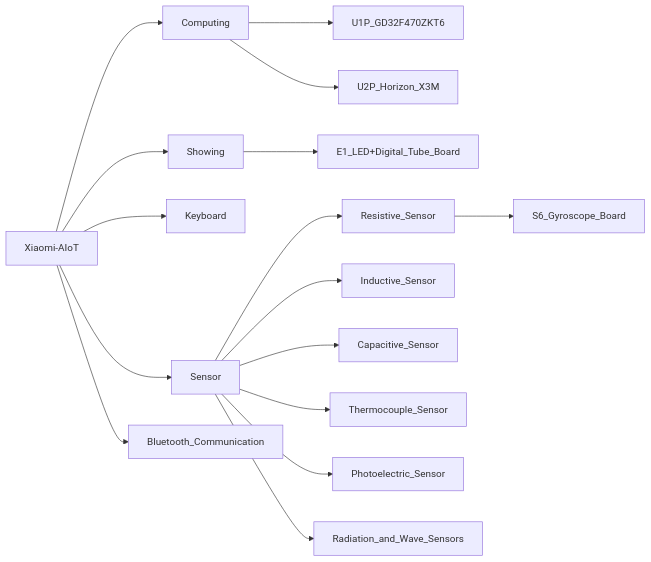
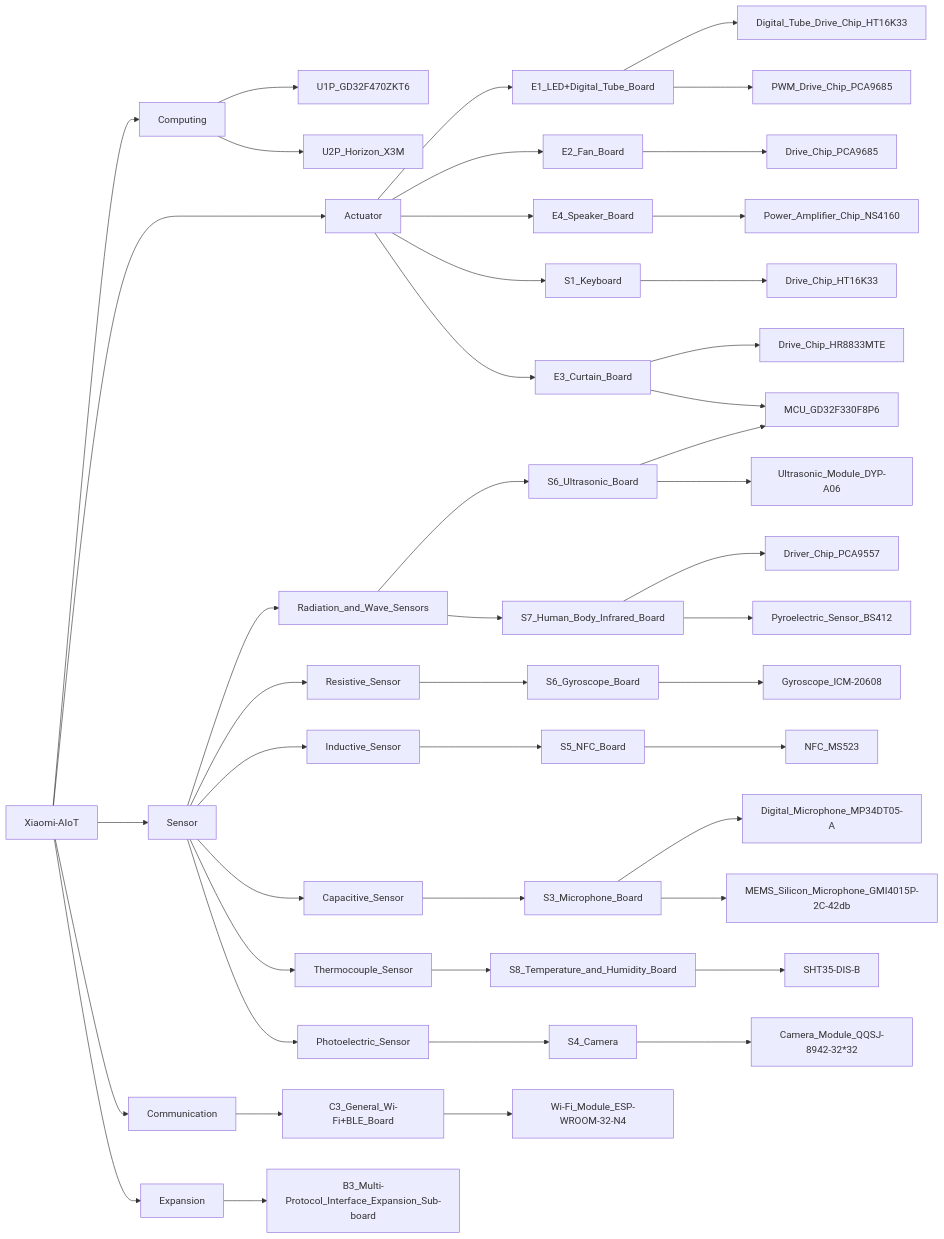
One commit to lilchic777/Xiaomi-AIoT changed the diagram in README.md. Above: the diagram before and after it, drawn with Mermaid.

Commit message:
new README

````diff
--- a/README.md
+++ b/README.md
@@ -7,20 +7,50 @@
 ```mermaid
 graph LR;
 	Xiaomi-AIoT-->Computing;
-	Xiaomi-AIoT-->Showing;
-	Xiaomi-AIoT-->Keyboard;
+		Computing-->U1P_GD32F470ZKT6;
+		Computing-->U2P_Horizon_X3M
+	Xiaomi-AIoT-->Actuator;
+		Actuator-->E1_LED+Digital_Tube_Board;
+			E1_LED+Digital_Tube_Board-->Digital_Tube_Drive_Chip_HT16K33;
+			E1_LED+Digital_Tube_Board-->PWM_Drive_Chip_PCA9685;
+		Actuator-->E2_Fan_Board;
+			E2_Fan_Board-->Drive_Chip_PCA9685;
+		Actuator-->E4_Speaker_Board;
+			E4_Speaker_Board-->Power_Amplifier_Chip_NS4160;
+		Actuator-->S1_Keyboard;
+			S1_Keyboard-->Drive_Chip_HT16K33;
+		Actuator-->E3_Curtain_Board;
+			E3_Curtain_Board-->Drive_Chip_HR8833MTE;
+			E3_Curtain_Board-->MCU_GD32F330F8P6;
 	Xiaomi-AIoT-->Sensor;
-	Xiaomi-AIoT-->Bluetooth_Communication;
-	
-	Computing-->U1P_GD32F470ZKT6;
-	Computing-->U2P_Horizon_X3M
-	Showing-->E1_LED+Digital_Tube_Board;
-	
-	Sensor-->Resistive_Sensor;
-	Resistive_Sensor-->S6_Gyroscope_Board;
-	Sensor-->Inductive_Sensor;
-	Sensor-->Capacitive_Sensor
-	Sensor-->Thermocouple_Sensor;
-	Sensor-->Photoelectric_Sensor;
-	Sensor-->Radiation_and_Wave_Sensors;
+		Sensor-->Radiation_and_Wave_Sensors;
+			Radiation_and_Wave_Sensors-->S6_Ultrasonic_Board;
+				S6_Ultrasonic_Board-->MCU_GD32F330F8P6;
+				S6_Ultrasonic_Board-->Ultrasonic_Module_DYP-A06;
+			Radiation_and_Wave_Sensors-->S7_Human_Body_Infrared_Board;
+				S7_Human_Body_Infrared_Board-->Driver_Chip_PCA9557;
+				S7_Human_Body_Infrared_Board-->Pyroelectric_Sensor_BS412;	
+		Sensor-->Resistive_Sensor;
+			Resistive_Sensor-->S6_Gyroscope_Board;
+				S6_Gyroscope_Board-->Gyroscope_ICM-20608;		
+		Sensor-->Inductive_Sensor;
+			Inductive_Sensor-->S5_NFC_Board;
+				S5_NFC_Board-->NFC_MS523;
+		Sensor-->Capacitive_Sensor;
+			Capacitive_Sensor-->S3_Microphone_Board;
+				S3_Microphone_Board-->Digital_Microphone_MP34DT05-A;
+				S3_Microphone_Board-->MEMS_Silicon_Microphone_GMI4015P-2C-42db;
+		Sensor-->Thermocouple_Sensor;
+			Thermocouple_Sensor-->S8_Temperature_and_Humidity_Board;
+			S8_Temperature_and_Humidity_Board-->SHT35-DIS-B;
+		Sensor-->Photoelectric_Sensor;
+			Photoelectric_Sensor-->S4_Camera;
+			S4_Camera-->Camera_Module_QQSJ-8942-32*32;
+
+	Xiaomi-AIoT-->Communication;
+		Communication-->C3_General_Wi-Fi+BLE_Board;
+			C3_General_Wi-Fi+BLE_Board-->Wi-Fi_Module_ESP-WROOM-32-N4;
+	Xiaomi-AIoT-->Expansion;
+		Expansion-->B3_Multi-Protocol_Interface_Expansion_Sub-board;
+
 ```
````
